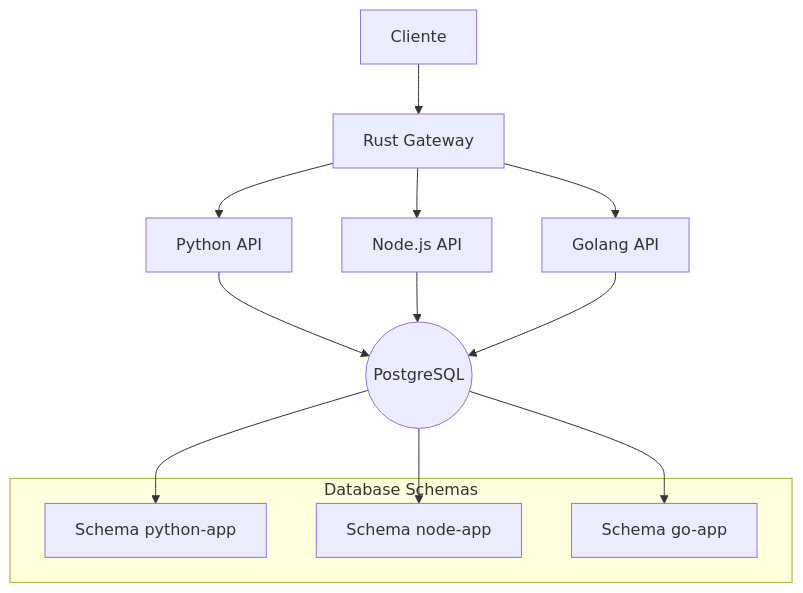
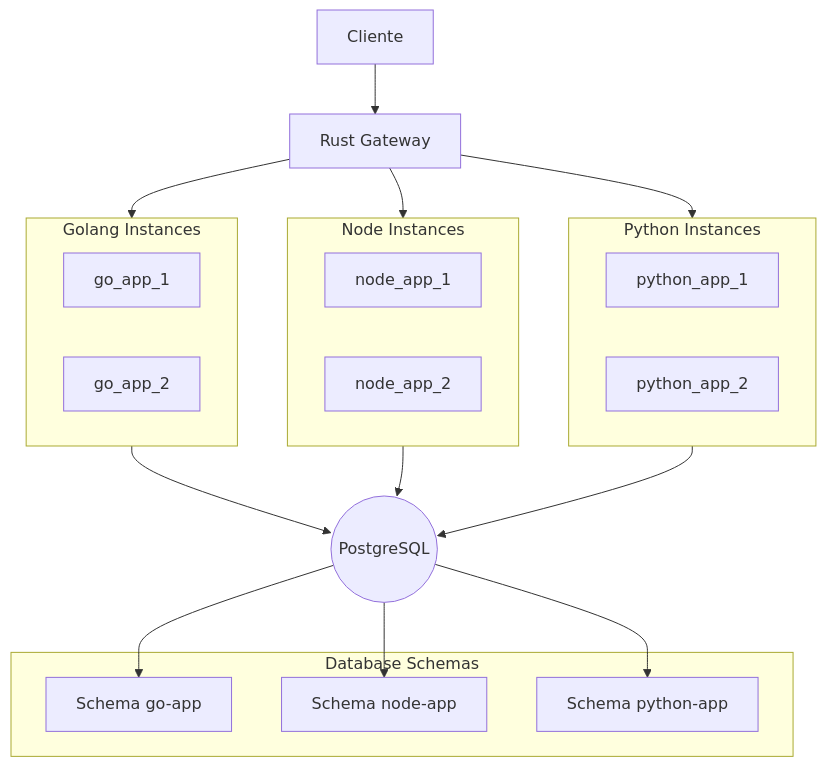
Before and after one commit to MrcSanto/multiapi-gateway-demo: the diagram in README.md, drawn with Mermaid.

Commit message:
docs(mermaid graph): Ajustado grafo representativo da arquitetura do projeto

````diff
--- a/README.md
+++ b/README.md
@@ -7,22 +7,37 @@
 ```mermaid
 graph TD
     A[Cliente] --> B[Rust Gateway]
-    B --> C[Python API]
-    B --> D[Node.js API]
-    B --> E[Golang API]
 
-    C --> F((PostgreSQL))
-    D --> F
-    E --> F
-
-    %% Subgraph destacando que são partes do banco
-    subgraph DB[Database Schemas]
-        G[Schema python-app]
-        H[Schema node-app]
-        I[Schema go-app]
+    subgraph GO[Golang Instances]
+        C[go_app_1]
+        D[go_app_2]
     end
 
-    F --> G
-    F --> H
-    F --> I
+    subgraph NODE[Node Instances]
+        E[node_app_1]
+        F[node_app_2]
+    end
+
+    subgraph PYTHON[Python Instances]
+        G[python_app_1]
+        H[python_app_2]
+    end
+
+    B --> GO
+    B --> NODE
+    B --> PYTHON
+
+    GO --> I((PostgreSQL))
+    NODE --> I
+    PYTHON --> I
+
+    subgraph DB[Database Schemas]
+        J[Schema go-app]
+        K[Schema node-app]
+        L[Schema python-app]
+    end
+
+    I --> J
+    I --> K
+    I --> L
 ```
````
